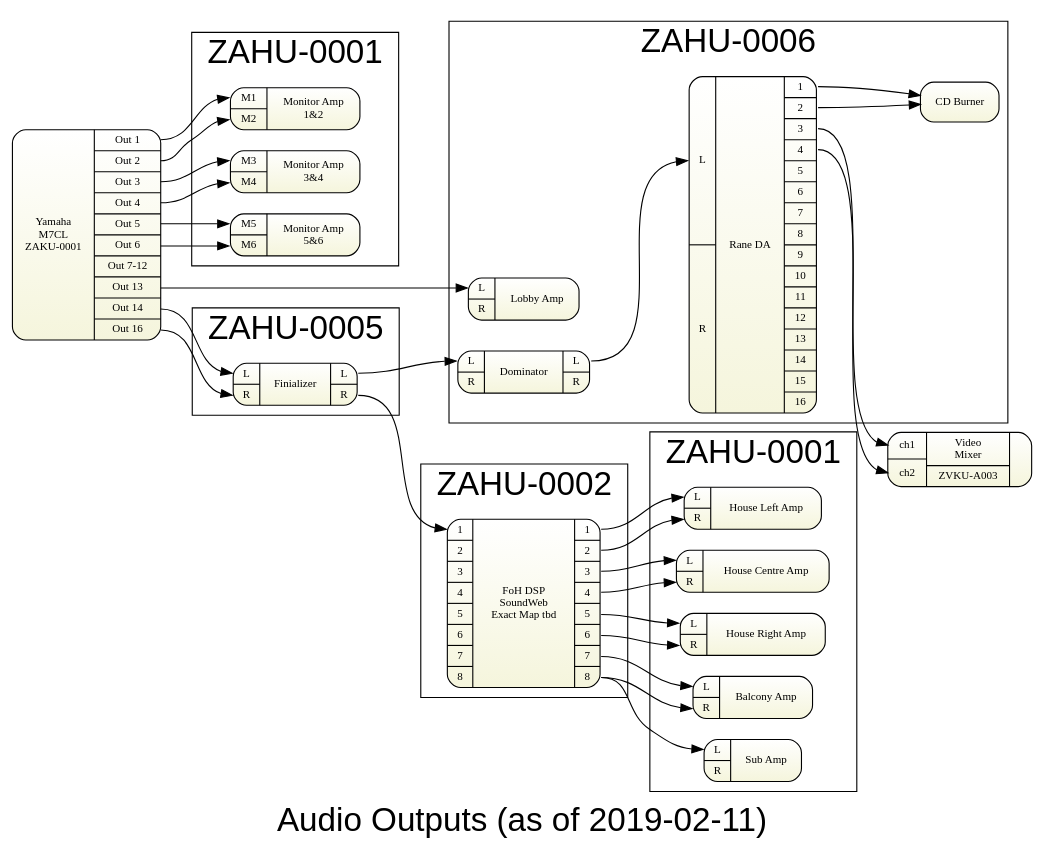
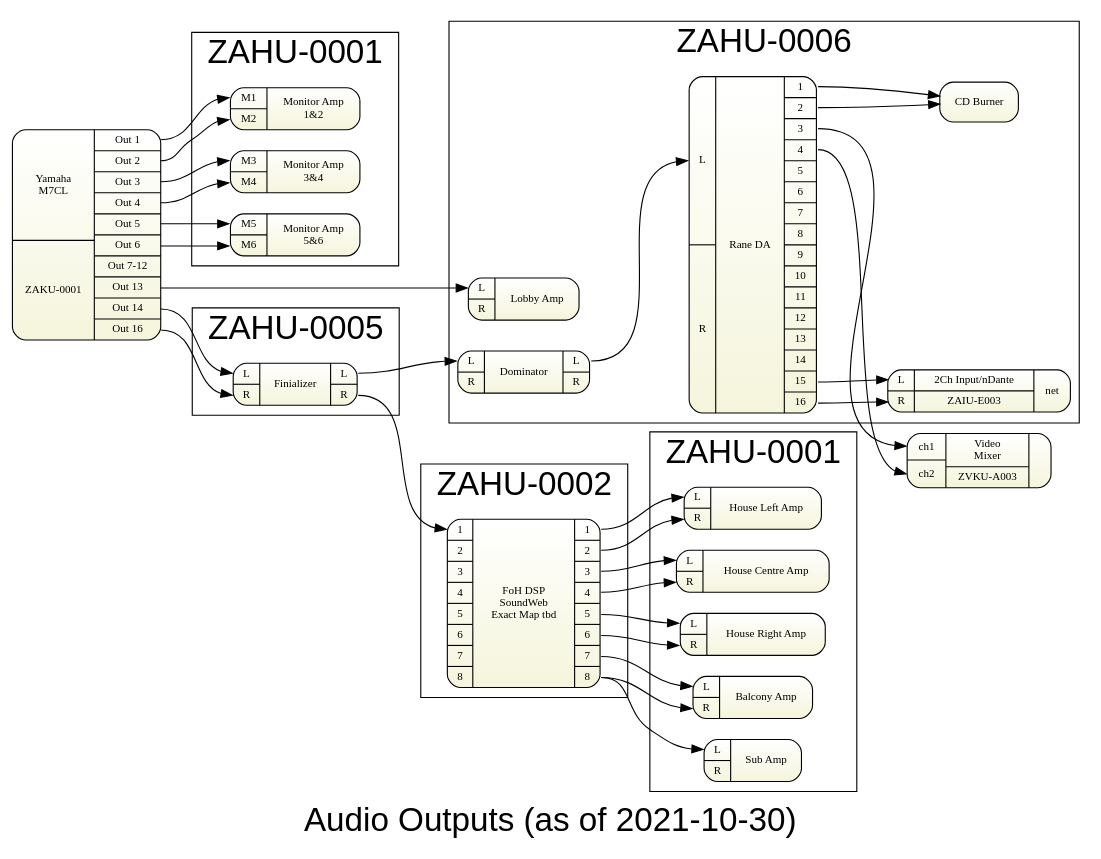
Before and after one commit to avmaint/uactechdoc: the diagram in sda-foh.gv, drawn with Graphviz.

Commit message:
updated dante devices

```diff
--- a/sda-foh.gv
+++ b/sda-foh.gv
@@ -1,6 +1,6 @@
 digraph outputs { 
 graph [overlap = true, fontsize = 30, rankdir=LR 
-      label="Audio Outputs (as of 2019-02-11)",
+      label="Audio Outputs (as of 2021-10-30)",
       fontname = Helvetica]
 
 node [shape=Mrecord, tooltip="" ,  fontsize = 10,
@@ -9,7 +9,7 @@
 
 m7 [label="
 { 
-  {    Yamaha\nM7CL\nZAKU-0001} 
+  {    Yamaha\nM7CL|ZAKU-0001} 
 |{
   <o1>Out 1 
 | <o2>Out 2
@@ -115,6 +115,19 @@
 | <o14>14
 | <o15>15
 | <o16>16
+}
+}
+"]
+
+zaiue001 [label="
+{
+  {
+  <ch1>L  
+| <ch2>R  
+} |
+  {2Ch Input/nDante|ZAIU-E003} 
+|{
+  <net>net   
 }
 }
 "]
@@ -226,5 +239,6 @@
 rane:o2 -> burner:i2
 rane:o3 -> videomix:i1
 rane:o4 -> videomix:i2
-
+rane:o15 -> zaiue001:ch1
+rane:o16 -> zaiue001:ch2
 } 
```
